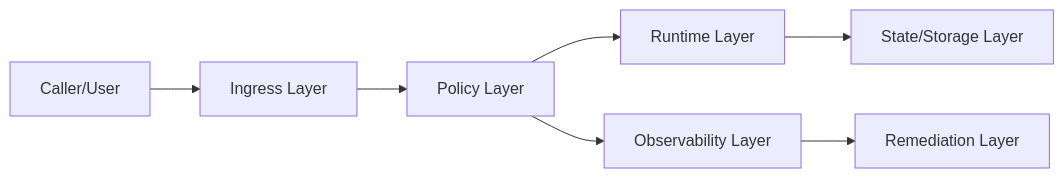
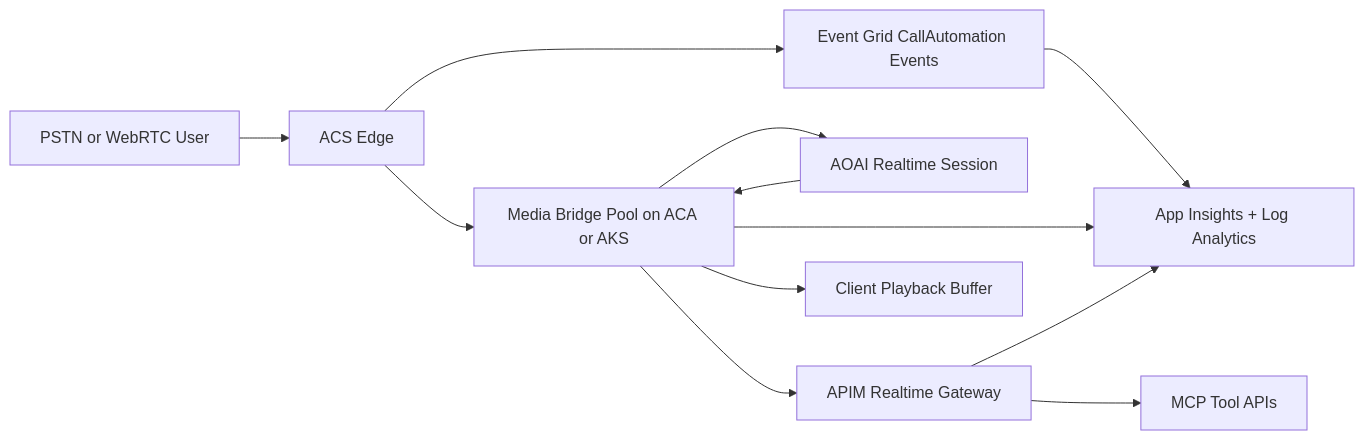
The first of 2 diagrams in workshops/azure-agent-infra/acs-aoai-realtime-webrtc-voice-agent-turn-bargein-faq-r1101.en.md (turbo998/ai-infra-lab), drawn with Mermaid before and after one commit. The commit also changed other lines of this file and 5 other files, not shown here.

````diff
--- a/workshops/azure-agent-infra/acs-aoai-realtime-webrtc-voice-agent-turn-bargein-faq-r1101.en.md
+++ b/workshops/azure-agent-infra/acs-aoai-realtime-webrtc-voice-agent-turn-bargein-faq-r1101.en.md
@@ -126,9 +126,14 @@
 ```mermaid
 flowchart LR
-  Client[Caller/User] --> Ingress[Ingress Layer]
-  Ingress --> Policy[Policy Layer]
-  Policy --> Runtime[Runtime Layer]
-  Runtime --> State[State/Storage Layer]
-  Policy --> Observe[Observability Layer]
-  Observe --> Remediate[Remediation Layer]
+  Caller[PSTN or WebRTC User] --> ACS[ACS Edge]
+  ACS --> EV[Event Grid CallAutomation Events]
+  ACS --> Bridge[Media Bridge Pool on ACA or AKS]
+  Bridge --> RT[AOAI Realtime Session]
+  Bridge --> APIM[APIM Realtime Gateway]
+  APIM --> MCP[MCP Tool APIs]
+  RT --> Bridge
+  Bridge --> Player[Client Playback Buffer]
+  EV --> Observe[App Insights + Log Analytics]
+  Bridge --> Observe
+  APIM --> Observe
 ```
````
